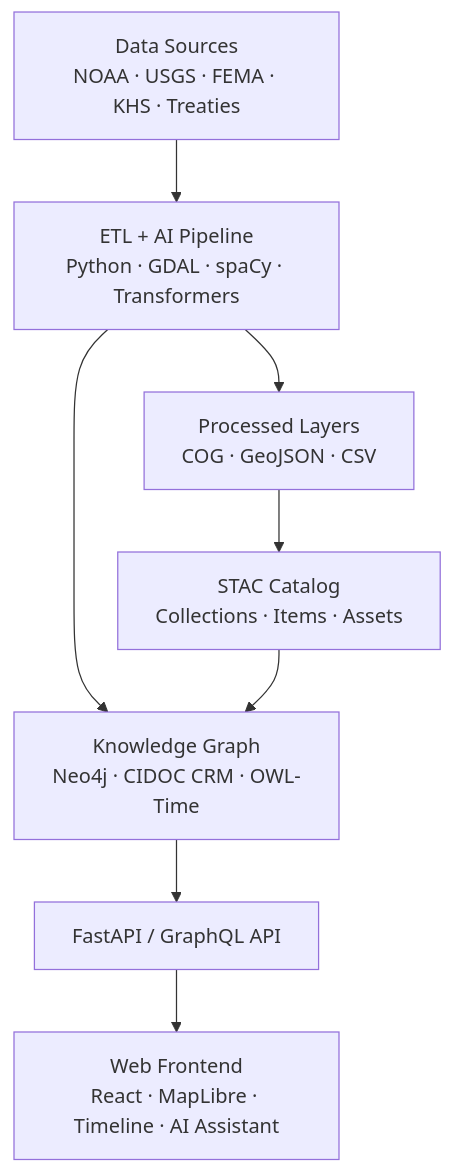
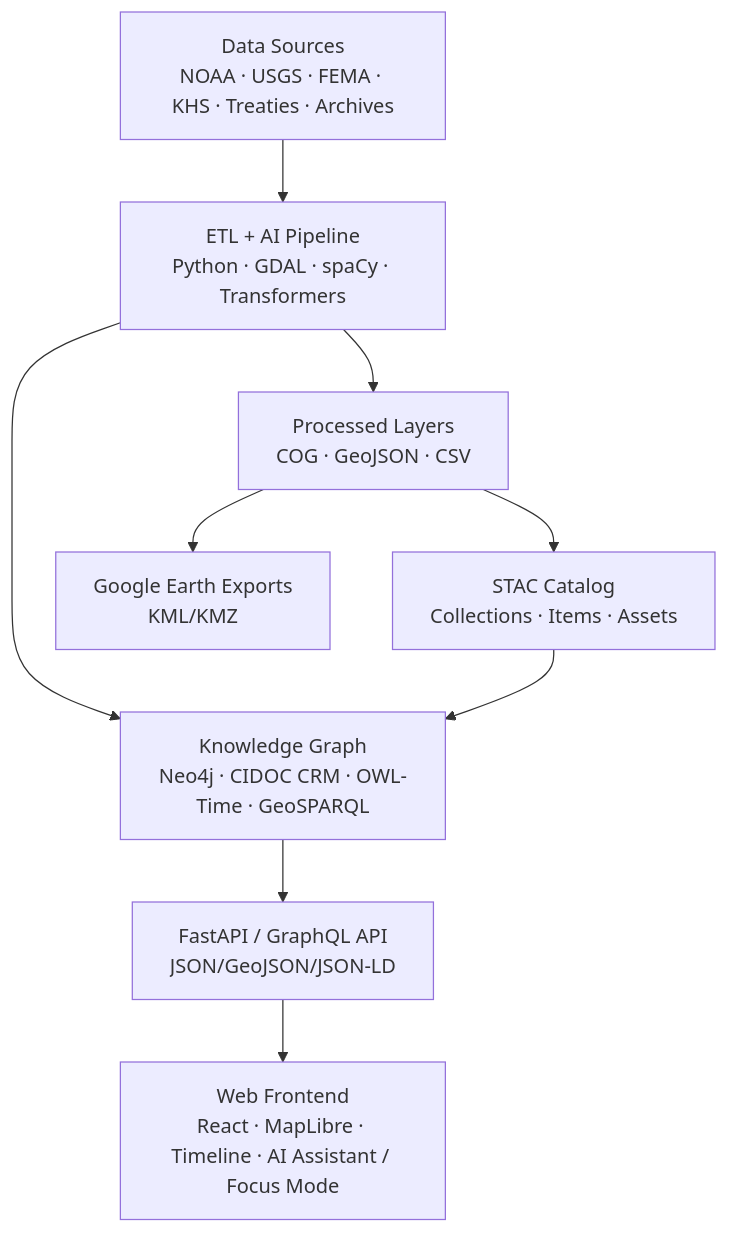
The diagram in README.md (bartytime4life/Kansas-Frontier-Matrix), drawn with Mermaid before and after one commit. The commit also changed other lines of this file, not shown here.

````diff
--- a/README.md
+++ b/README.md
@@ -41,11 +43,12 @@
 ```mermaid
 flowchart TD
-  A["Data Sources<br/>NOAA · USGS · FEMA · KHS · Treaties"] --> B["ETL + AI Pipeline<br/>Python · GDAL · spaCy · Transformers"]
+  A["Data Sources<br/>NOAA · USGS · FEMA · KHS · Treaties · Archives"] --> B["ETL + AI Pipeline<br/>Python · GDAL · spaCy · Transformers"]
   B --> C["Processed Layers<br/>COG · GeoJSON · CSV"]
   C --> D["STAC Catalog<br/>Collections · Items · Assets"]
-  B --> E["Knowledge Graph<br/>Neo4j · CIDOC CRM · OWL-Time"]
+  B --> E["Knowledge Graph<br/>Neo4j · CIDOC CRM · OWL-Time · GeoSPARQL"]
   D --> E
-  E --> F["FastAPI / GraphQL API"]
-  F --> G["Web Frontend<br/>React · MapLibre · Timeline · AI Assistant"]
+  E --> F["FastAPI / GraphQL API<br/>JSON/GeoJSON/JSON-LD"]
+  F --> G["Web Frontend<br/>React · MapLibre · Timeline · AI Assistant / Focus Mode"]
+  C --> H["Google Earth Exports<br/>KML/KMZ"]
 %% END OF MERMAID
 ```
````
